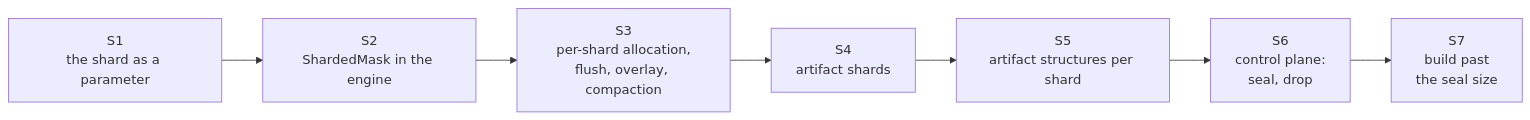
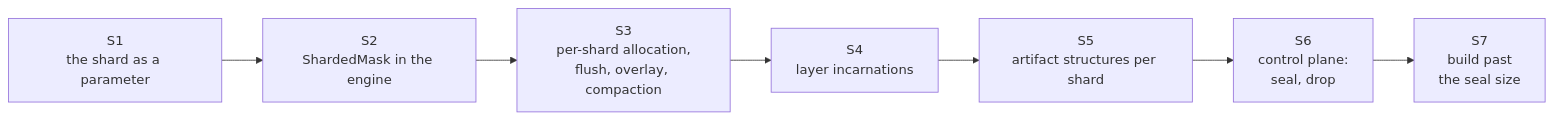
The fifth of 5 diagrams in docs/design/sharding.md (jennis0/tesseradb), drawn with Mermaid before and after one commit. The commit also changed other lines of this file and 5 other files, not shown here.

````diff
--- a/docs/design/sharding.md
+++ b/docs/design/sharding.md
@@ -597,9 +798,9 @@
 ```mermaid
 flowchart LR
   S1["S1<br/>the shard as a parameter"] --> S2["S2<br/>ShardedMask in the engine"]
   S2 --> S3["S3<br/>per-shard allocation,<br/>flush, overlay, compaction"]
-  S3 --> S4["S4<br/>artifact shards"]
+  S3 --> S4["S4<br/>layer incarnations"]
   S4 --> S5["S5<br/>artifact structures per shard"]
   S5 --> S6["S6<br/>control plane:<br/>seal, drop"]
   S6 --> S7["S7<br/>build past<br/>the seal size"]
 ```
````
